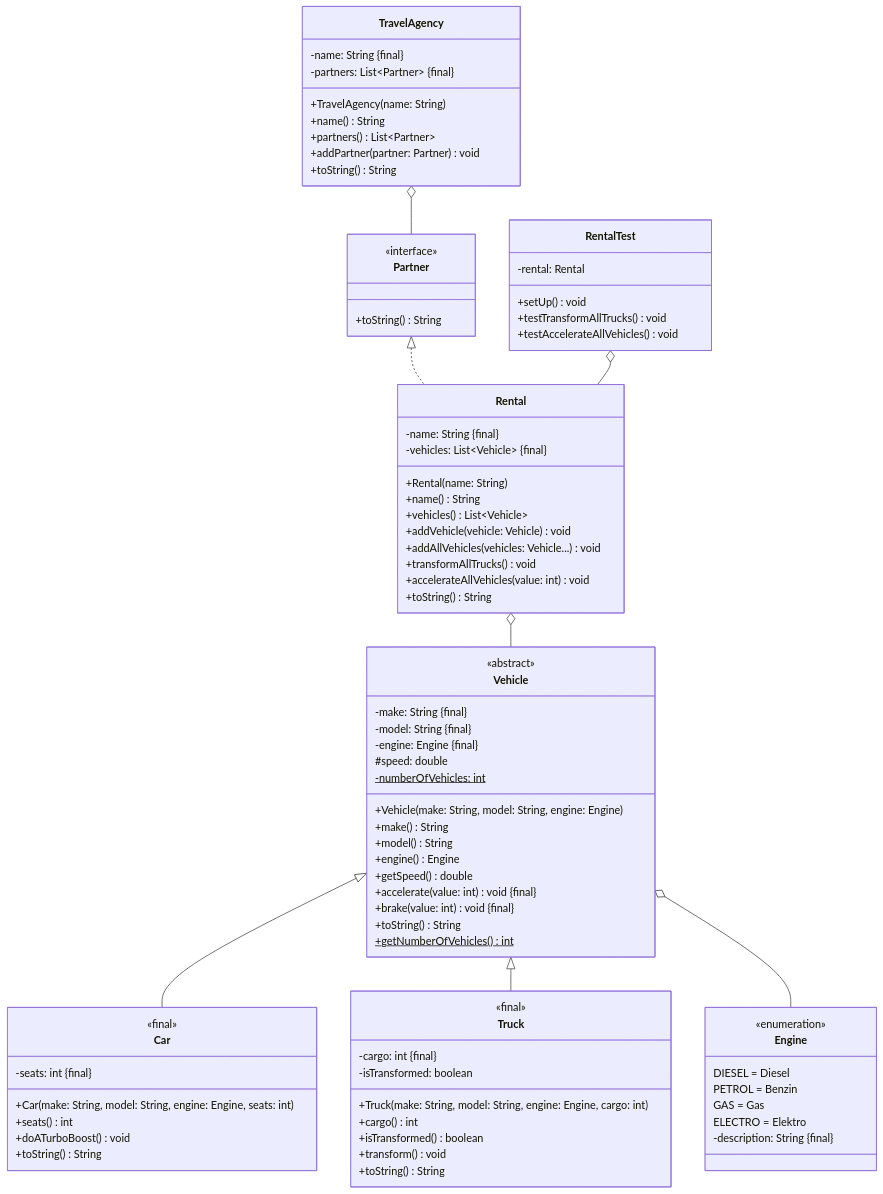
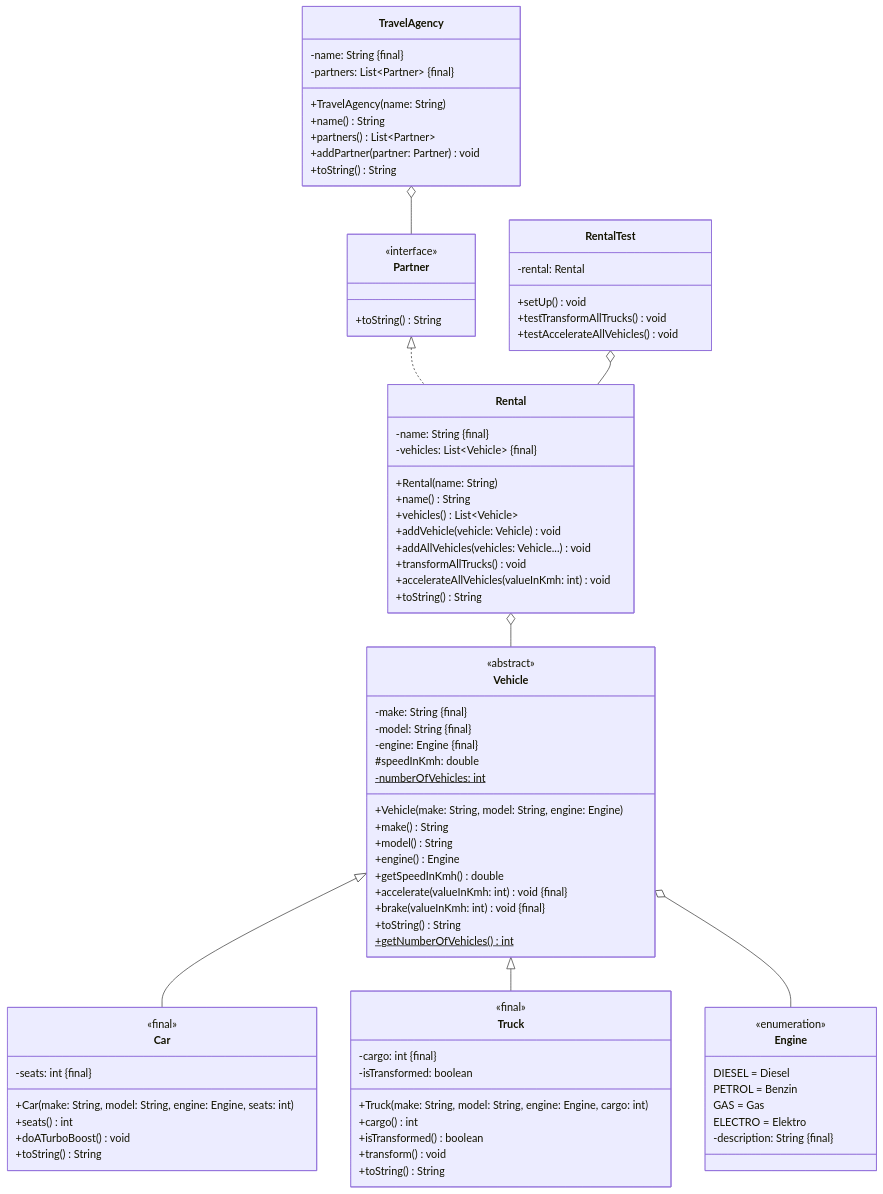
One commit to jappuccini/java-docs changed the diagram in docs/exercises/unit-tests/unit-tests02.md. Above: the diagram before and after it, drawn with Mermaid. The commit also changed other lines of this file and 13 other files, not shown here.

```diff
--- a/docs/exercises/unit-tests/unit-tests02.md
+++ b/docs/exercises/unit-tests/unit-tests02.md
@@ -24,15 +24,15 @@
         -make: String &#123final&#125
         -model: String &#123final&#125
         -engine: Engine &#123final&#125
-        #speed: double
+        #speedInKmh: double
         -numberOfVehicles: int$
         +Vehicle(make: String, model: String, engine: Engine)
         +make() String
         +model() String
         +engine() Engine
-        +getSpeed() double
-        +accelerate(value: int) void &#123final&#125
-        +brake(value: int) void &#123final&#125
+        +getSpeedInKmh() double
+        +accelerate(valueInKmh: int) void &#123final&#125
+        +brake(valueInKmh: int) void &#123final&#125
         +toString() String
         +getNumberOfVehicles()$ int
     }
@@ -75,7 +75,7 @@
         +addVehicle(vehicle: Vehicle) void
         +addAllVehicles(vehicles: Vehicle...) void
         +transformAllTrucks() void
-        +accelerateAllVehicles(value: int) void
+        +accelerateAllVehicles(valueInKmh: int) void
         +toString() String
     }
 
```
